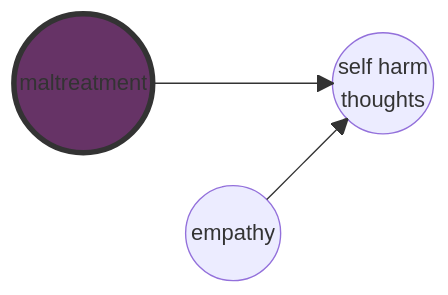
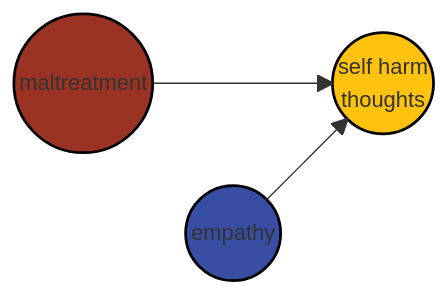
Before and after one commit to agrogan1/closeread: the diagram in empathy/README.md, drawn with Mermaid.

````diff
--- a/empathy/README.md
+++ b/empathy/README.md
@@ -12,13 +12,17 @@
 ```mermaid
 block
   columns 3
   m space sh
   space   e   space
 
   m(("maltreatment")) --> sh(("self harm <br>thoughts"))
 
   e(("empathy")) --> sh
 
-  style m fill:#636,stroke:#333,stroke-width:4px
+  style m fill:#9A3324,stroke:#000000,stroke-width:2px,color:#FFFFFF;
+
+  style e fill:#374EA2,stroke:#000000,stroke-width:2px,color:#FFFFFF;
+
+  style sh fill:#FFC20E,stroke:#000000,stroke-width:2px,color:#000000;
 
 ```
````
